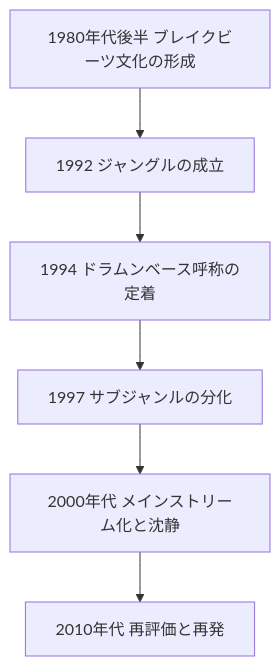
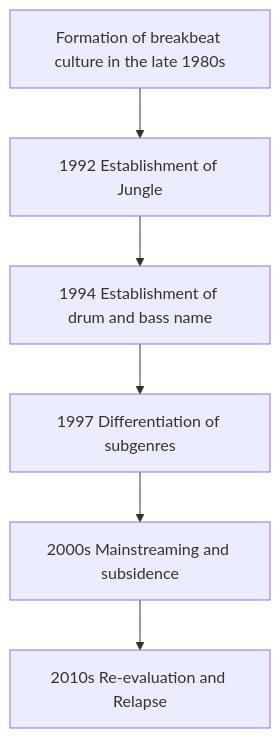
Before and after one commit to monumental-movement/monumental-movement.github.io: the diagram in en/_posts/2026-02-07-column-jungle-drumandbass.md, drawn with Mermaid. The commit also changed other lines of this file and 801 other files, not shown here.

```diff
--- a/en/_posts/2026-02-07-column-jungle-drumandbass.md
+++ b/en/_posts/2026-02-07-column-jungle-drumandbass.md
@@ -117,10 +118,10 @@
 <div class="mermaid">
 flowchart TB
-A[1980年代後半 ブレイクビーツ文化の形成]
-B[1992 ジャングルの成立]
-C[1994 ドラムンベース呼称の定着]
-D[1997 サブジャンルの分化]
-E[2000年代 メインストリーム化と沈静]
-F[2010年代 再評価と再発]
+A[Formation of breakbeat culture in the late 1980s]
+B[1992 Establishment of Jungle]
+C[1994 Establishment of drum and bass name]
+D[1997 Differentiation of subgenres]
+E[2000s Mainstreaming and subsidence]
+F[2010s Re-evaluation and Relapse]
 A --> B --> C --> D --> E --> F
 </div>
```
